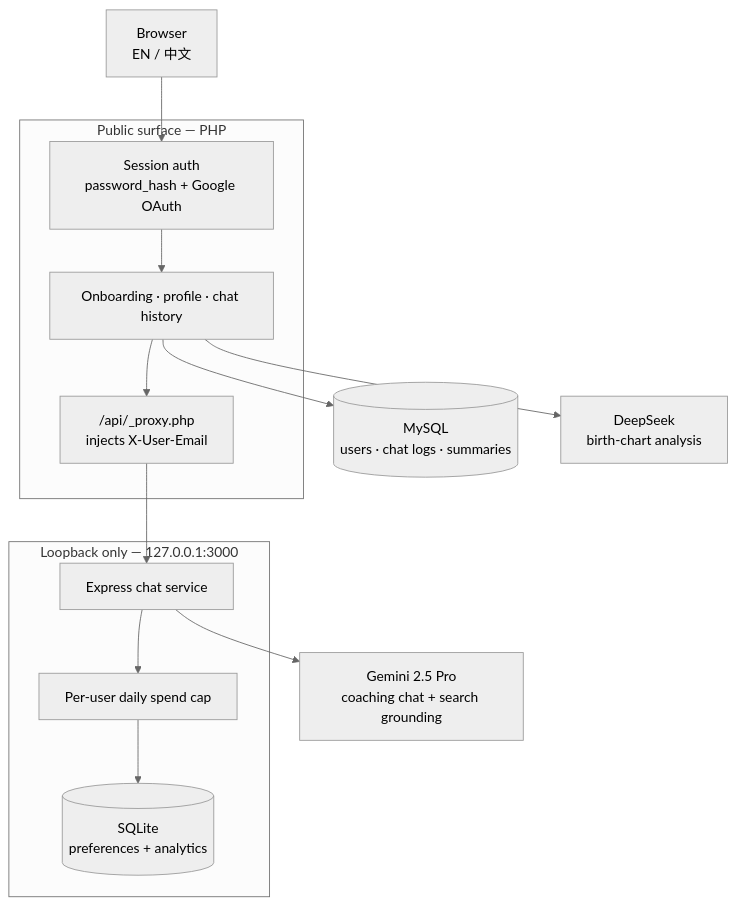
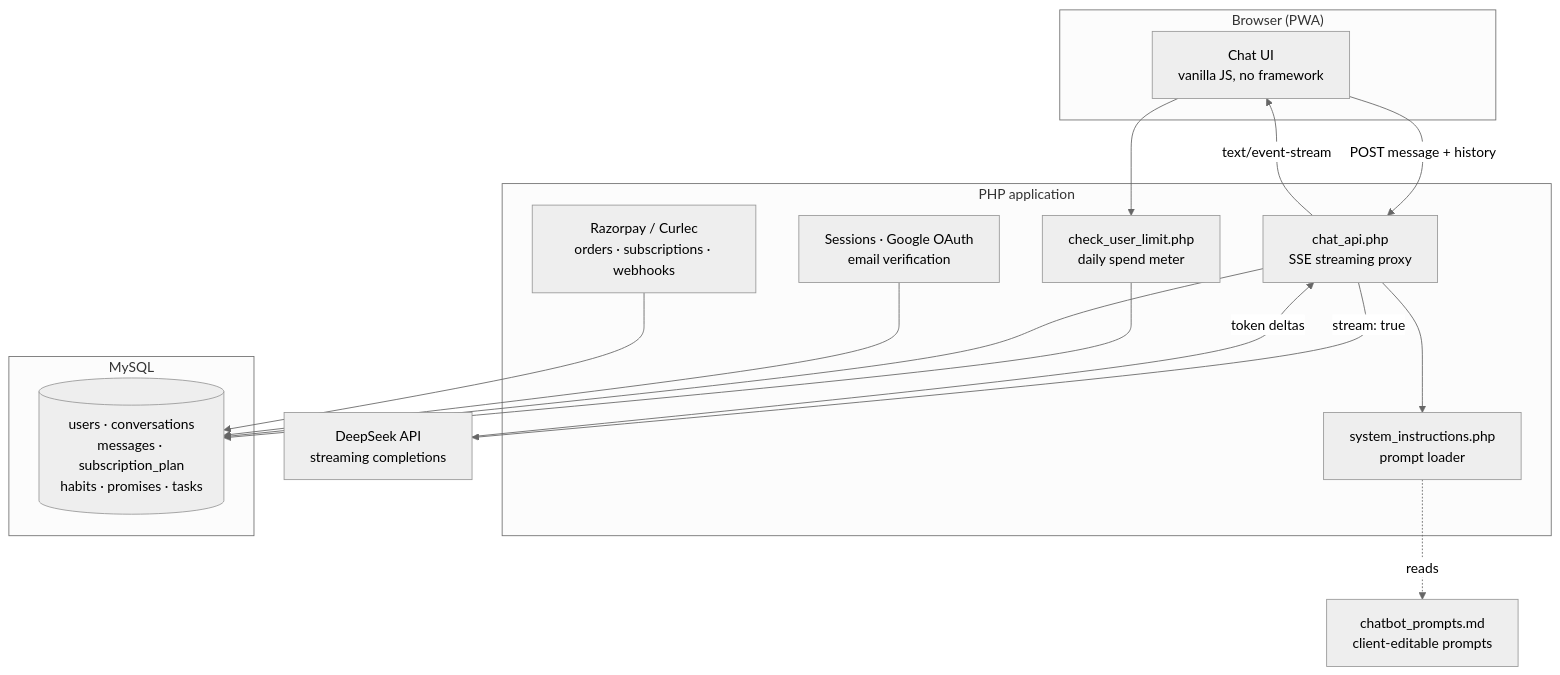
The diagram in README.md (zhengyingho/askdcode-case-study), drawn with Mermaid (neutral theme) before and after one commit. The commit also changed other lines of this file and 2 other files, not shown here.

First line of the commit message:
Case study: askdcode AI coaching platform

````diff
--- a/README.md
+++ b/README.md
@@ -18,27 +18,33 @@
 ```mermaid
 flowchart TB
-    U[Browser<br/>EN / 中文]
-
-    subgraph public [Public surface — PHP]
-        AUTH[Session auth<br/>password_hash + Google OAuth]
-        APP[Onboarding · profile · chat history]
-        PROXY["/api/_proxy.php<br/>injects X-User-Email"]
+    subgraph client ["Browser (PWA)"]
+        UI["Chat UI<br/>vanilla JS, no framework"]
     end
 
-    subgraph private [Loopback only — 127.0.0.1:3000]
-        NODE[Express chat service]
-        BUDGET[Per-user daily spend cap]
-        PREFS[(SQLite<br/>preferences + analytics)]
+    subgraph app ["PHP application"]
+        CHAT["chat_api.php<br/>SSE streaming proxy"]
+        PROMPT["system_instructions.php<br/>prompt loader"]
+        METER["check_user_limit.php<br/>daily spend meter"]
+        AUTH["Sessions · Google OAuth<br/>email verification"]
+        PAY["Razorpay / Curlec<br/>orders · subscriptions · webhooks"]
     end
 
-    MYSQL[(MySQL<br/>users · chat logs · summaries)]
-    DS[DeepSeek<br/>birth-chart analysis]
-    GEM[Gemini 2.5 Pro<br/>coaching chat + search grounding]
+    subgraph data ["MySQL"]
+        DB[("users · conversations<br/>messages · subscription_plan<br/>habits · promises · tasks")]
+    end
 
-    U --> AUTH --> APP
-    APP --> MYSQL
-    APP --> DS
-    APP --> PROXY --> NODE
-    NODE --> BUDGET --> PREFS
-    NODE --> GEM
+    DOC["chatbot_prompts.md<br/>client-editable prompts"]
+    LLM["DeepSeek API<br/>streaming completions"]
+
+    UI -->|"POST message + history"| CHAT
+    CHAT --> PROMPT
+    PROMPT -.reads.-> DOC
+    CHAT -->|"stream: true"| LLM
+    LLM -->|"token deltas"| CHAT
+    CHAT -->|"text/event-stream"| UI
+    UI --> METER
+    METER --> DB
+    CHAT --> DB
+    AUTH --> DB
+    PAY --> DB
 ```
````
